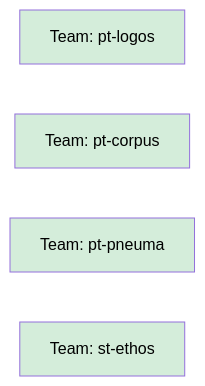
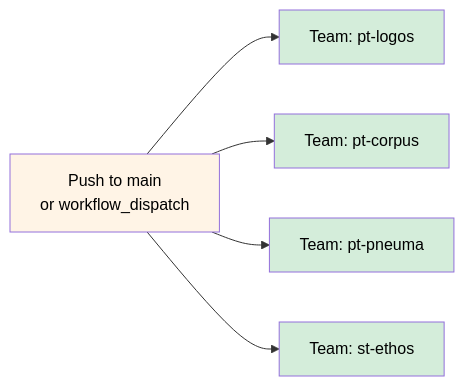
The diagram in README.md (osinfra-io/pt-logos), drawn with Mermaid before and after one commit. The commit also changed other lines of this file, not shown here.

````diff
--- a/README.md
+++ b/README.md
@@ -86,12 +90,15 @@
 ```mermaid
 graph LR
-    C1[Team: pt-logos]
-    C2[Team: pt-corpus]
-    C3[Team: pt-pneuma]
-    C4[Team: st-ethos]
+    T[Push to main\nor workflow_dispatch]
 
+    T --> C1[Team: pt-logos]
+    T --> C2[Team: pt-corpus]
+    T --> C3[Team: pt-pneuma]
+    T --> C4[Team: st-ethos]
+
+    style T fill:#fff4e6,color:#000
     style C1 fill:#d4edda,color:#000
     style C2 fill:#d4edda,color:#000
     style C3 fill:#d4edda,color:#000
     style C4 fill:#d4edda,color:#000
 ```
````
